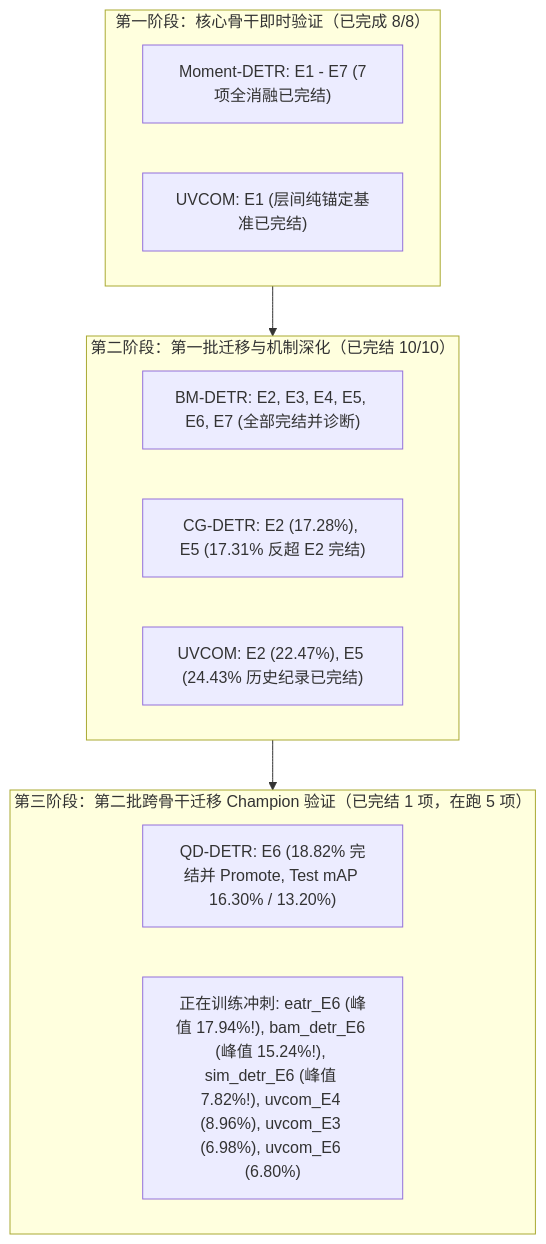
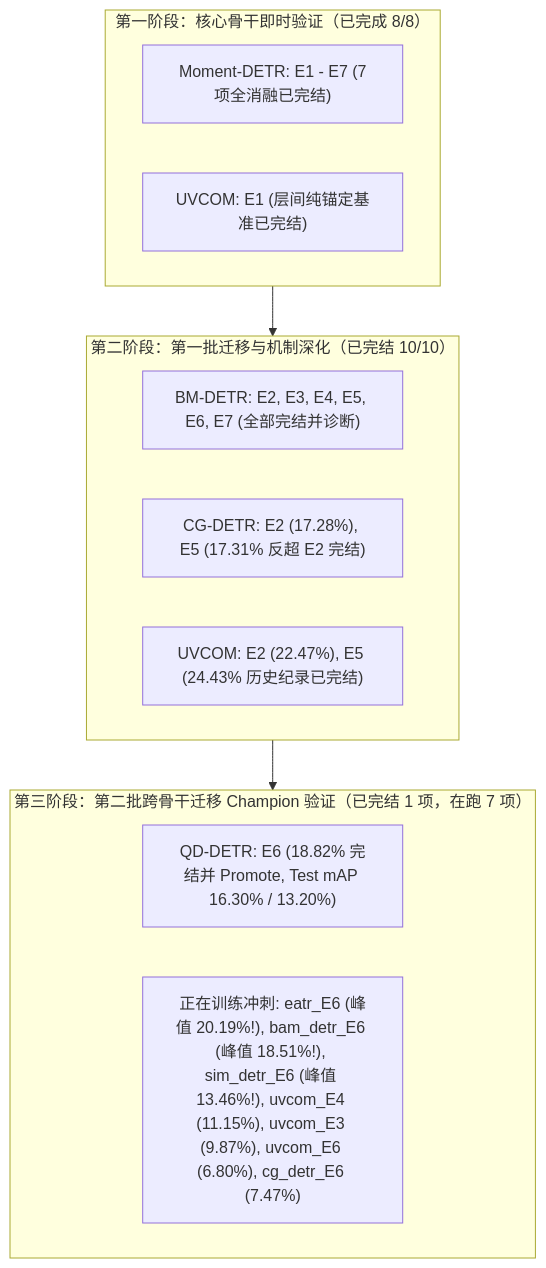
One commit to chinagalaxy2002/Improving-Target-Presence-for-Generalized-Moment-Retrieval changed the diagram in LAB_ROOT/SI_Bind_已完成与正在进行实验执行报告_20261107.md. Above: the diagram before and after it, drawn with Mermaid. The commit also changed other lines of this file and 2 other files, not shown here.

````diff
--- a/LAB_ROOT/SI_Bind_已完成与正在进行实验执行报告_20261107.md
+++ b/LAB_ROOT/SI_Bind_已完成与正在进行实验执行报告_20261107.md
@@ -24,17 +24,17 @@
 ```mermaid
 flowchart TD
     subgraph S1["第一阶段：核心骨干即时验证（已完成 8/8）"]
         MD["Moment-DETR: E1 - E7 (7项全消融已完结)"]
         UV["UVCOM: E1 (层间纯锚定基准已完结)"]
     end
     subgraph S2["第二阶段：第一批迁移与机制深化（已完结 10/10）"]
         BM_DONE["BM-DETR: E2, E3, E4, E5, E6, E7 (全部完结并诊断)"]
         CG_DONE["CG-DETR: E2 (17.28%), E5 (17.31% 反超 E2 完结)"]
         UV_DONE["UVCOM: E2 (22.47%), E5 (24.43% 历史纪录已完结)"]
     end
-    subgraph S3["第三阶段：第二批跨骨干迁移 Champion 验证（已完结 1 项，在跑 5 项）"]
+    subgraph S3["第三阶段：第二批跨骨干迁移 Champion 验证（已完结 1 项，在跑 7 项）"]
         QD_DONE["QD-DETR: E6 (18.82% 完结并 Promote, Test mAP 16.30% / 13.20%)"]
-        ACTIVE_S3["正在训练冲刺: eatr_E6 (峰值 17.94%!), bam_detr_E6 (峰值 15.24%!), sim_detr_E6 (峰值 7.82%!), uvcom_E4 (8.96%), uvcom_E3 (6.98%), uvcom_E6 (6.80%)"]
+        ACTIVE_S3["正在训练冲刺: eatr_E6 (峰值 20.19%!), bam_detr_E6 (峰值 18.51%!), sim_detr_E6 (峰值 13.46%!), uvcom_E4 (11.15%), uvcom_E3 (9.87%), uvcom_E6 (6.80%), cg_detr_E6 (7.47%)"]
     end
     S1 --> S2 --> S3
 ```
````
